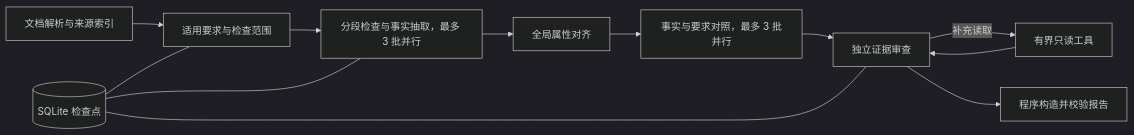
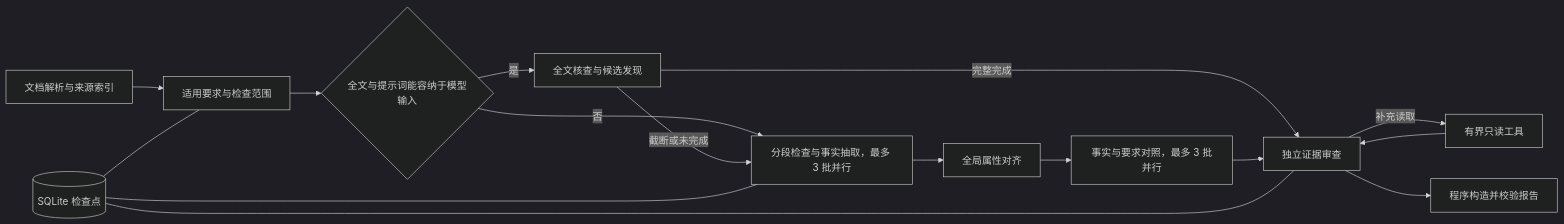
Before and after one commit to VonSdite/Document-Check: the diagram in docs/evidence-agent.md, drawn with Mermaid (dark theme). The commit also changed other lines of this file and 22 other files, not shown here.

````diff
--- a/docs/evidence-agent.md
+++ b/docs/evidence-agent.md
@@ -7,14 +7,18 @@
 ```mermaid
 flowchart LR
     source[文档解析与来源索引] --> plan[适用要求与检查范围]
-    plan --> discover[分段检查与事实抽取，最多 3 批并行]
+    plan --> capacity{全文与提示词能容纳于模型输入}
+    capacity -->|是| full[全文核查与候选发现]
+    capacity -->|否| discover[分段检查与事实抽取，最多 3 批并行]
+    full -->|完整完成| review[独立证据审查]
+    full -->|截断或未完成| discover
     discover --> align[全局属性对齐]
     align --> compare[事实与要求对照，最多 3 批并行]
-    compare --> review[独立证据审查]
+    compare --> review
     review -->|补充读取| tools[有界只读工具]
     tools --> review
     review --> report[程序构造并校验报告]
     checkpoint[(SQLite 检查点)] --- plan
     checkpoint --- discover
     checkpoint --- review
 ```
````
